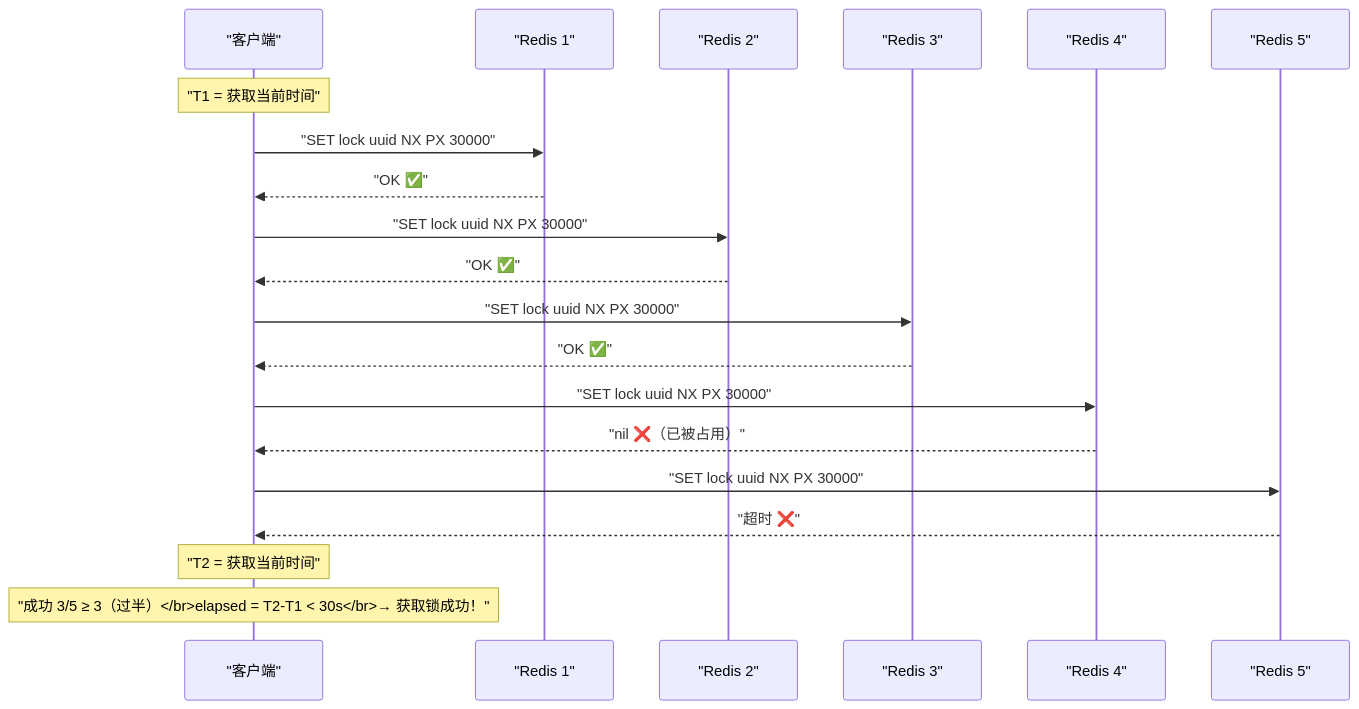
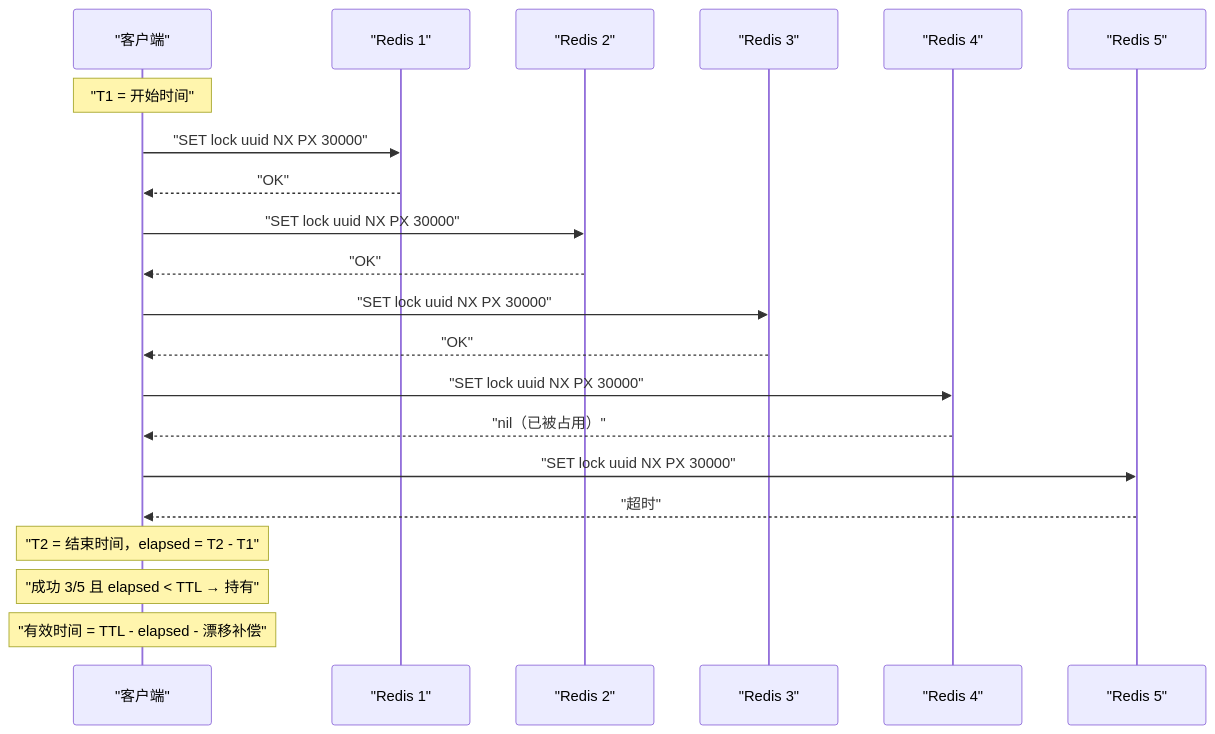
One commit to hpliStartAgain/my-brain changed the third of 5 diagrams in content/中间件/Redis/Redis进阶教程/06 Redis 分布式锁——从 SETNX 到 Redlock 的争议.md. Above: the diagram before and after it, drawn with Mermaid. The commit also changed other lines of this file and 455 other files, not shown here.

````diff
--- a/content/中间件/Redis/Redis进阶教程/06 Redis 分布式锁——从 SETNX 到 Redlock 的争议.md
+++ b/content/中间件/Redis/Redis进阶教程/06 Redis 分布式锁——从 SETNX 到 Redlock 的争议.md
@@ -262,24 +423,24 @@
 ```mermaid
 %%{init: {'theme': 'dracula'}}%%
 sequenceDiagram
     participant C as "客户端"
     participant R1 as "Redis 1"
     participant R2 as "Redis 2"
     participant R3 as "Redis 3"
     participant R4 as "Redis 4"
     participant R5 as "Redis 5"
-
-    Note over C: "T1 = 获取当前时间"
+    Note over C: "T1 = 开始时间"
     C->>R1: "SET lock uuid NX PX 30000"
-    R1-->>C: "OK ✅"
+    R1-->>C: "OK"
     C->>R2: "SET lock uuid NX PX 30000"
-    R2-->>C: "OK ✅"
+    R2-->>C: "OK"
     C->>R3: "SET lock uuid NX PX 30000"
-    R3-->>C: "OK ✅"
+    R3-->>C: "OK"
     C->>R4: "SET lock uuid NX PX 30000"
-    R4-->>C: "nil ❌（已被占用）"
+    R4-->>C: "nil（已被占用）"
     C->>R5: "SET lock uuid NX PX 30000"
-    R5-->>C: "超时 ❌"
-    Note over C: "T2 = 获取当前时间"
-    Note over C: "成功 3/5 ≥ 3（过半）</br>elapsed = T2-T1 < 30s</br>→ 获取锁成功！"
+    R5-->>C: "超时"
+    Note over C: "T2 = 结束时间，elapsed = T2 - T1"
+    Note over C: "成功 3/5 且 elapsed < TTL → 持有"
+    Note over C: "有效时间 = TTL - elapsed - 漂移补偿"
 ```
````
